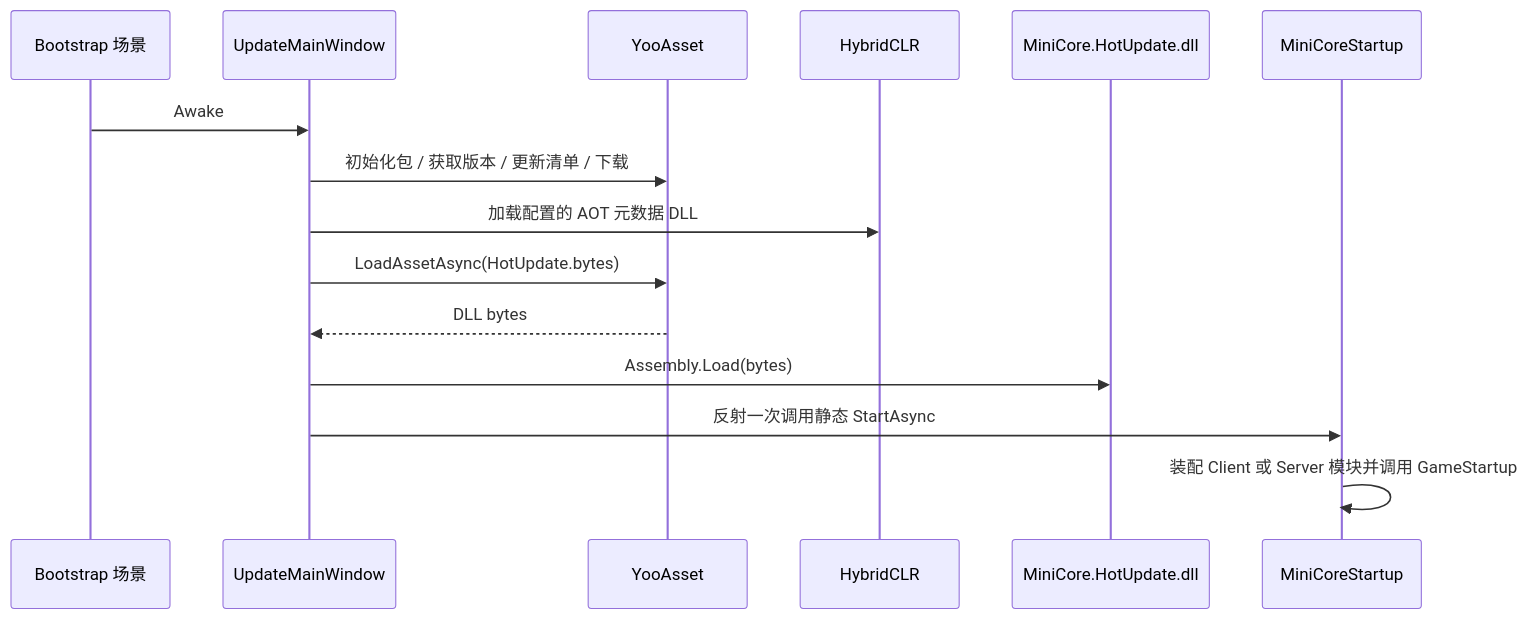
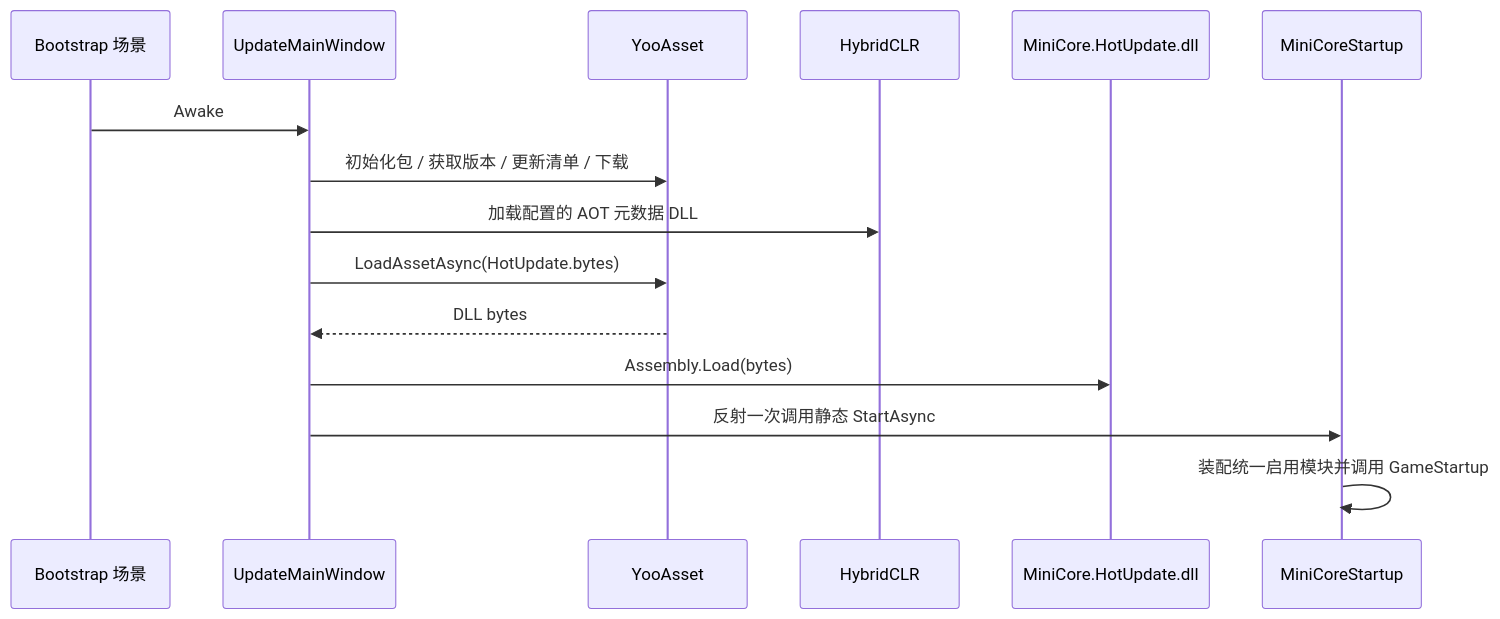
The second of 2 diagrams in Docs/Architecture.md (ForGetMyGirl/MiniCore), drawn with Mermaid before and after one commit. The commit also changed other lines of this file and 21 other files, not shown here.

````diff
--- a/Docs/Architecture.md
+++ b/Docs/Architecture.md
@@ -140,18 +140,18 @@
 ```mermaid
 sequenceDiagram
     participant Scene as Bootstrap 场景
     participant Boot as UpdateMainWindow
     participant Yoo as YooAsset
     participant HCLR as HybridCLR
     participant DLL as MiniCore.HotUpdate.dll
     participant Startup as MiniCoreStartup
 
     Scene->>Boot: Awake
     Boot->>Yoo: 初始化包 / 获取版本 / 更新清单 / 下载
     Boot->>HCLR: 加载配置的 AOT 元数据 DLL
     Boot->>Yoo: LoadAssetAsync(HotUpdate.bytes)
     Yoo-->>Boot: DLL bytes
     Boot->>DLL: Assembly.Load(bytes)
     Boot->>Startup: 反射一次调用静态 StartAsync
-    Startup->>Startup: 装配 Client 或 Server 模块并调用 GameStartup
+    Startup->>Startup: 装配统一启用模块并调用 GameStartup
 ```
````
